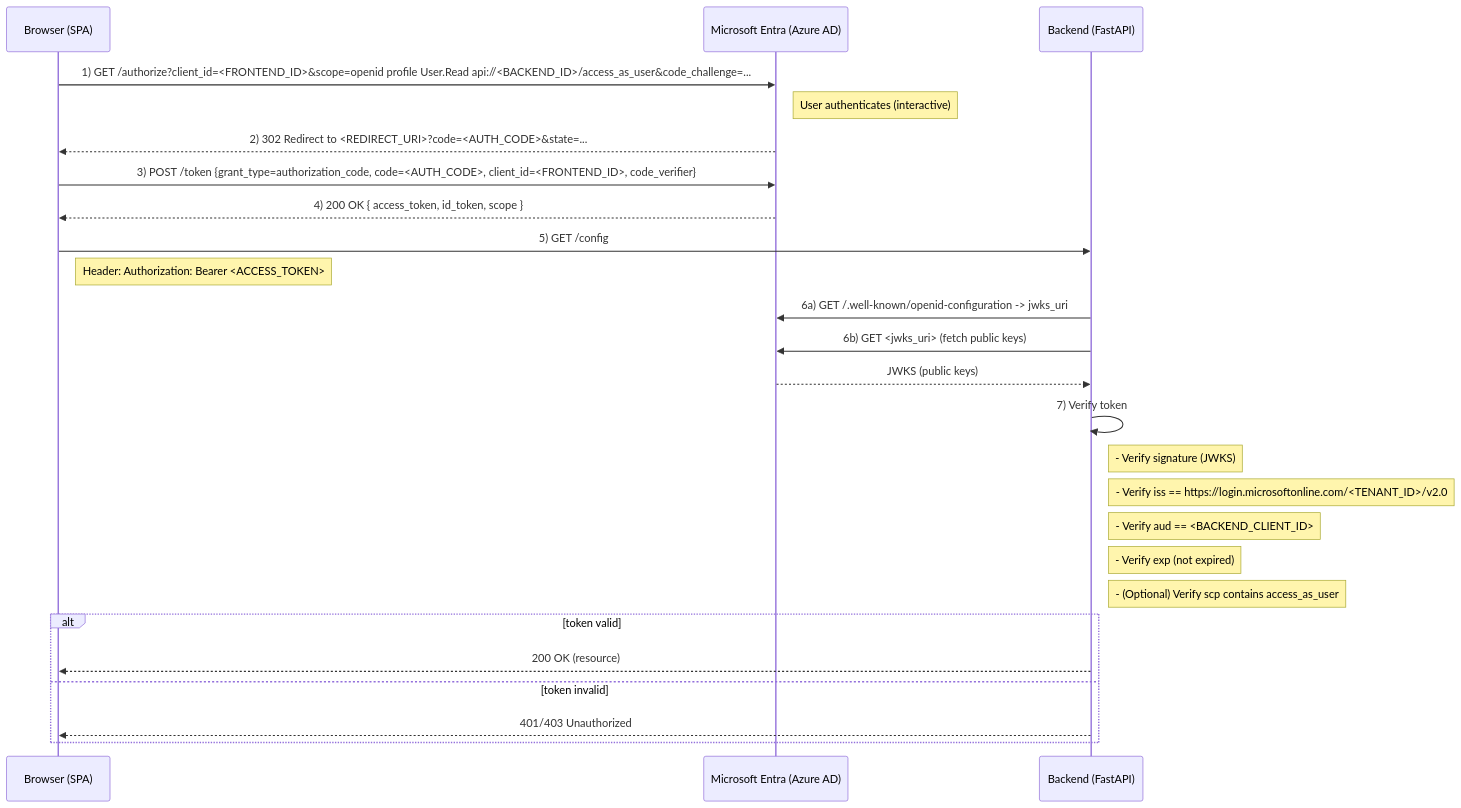
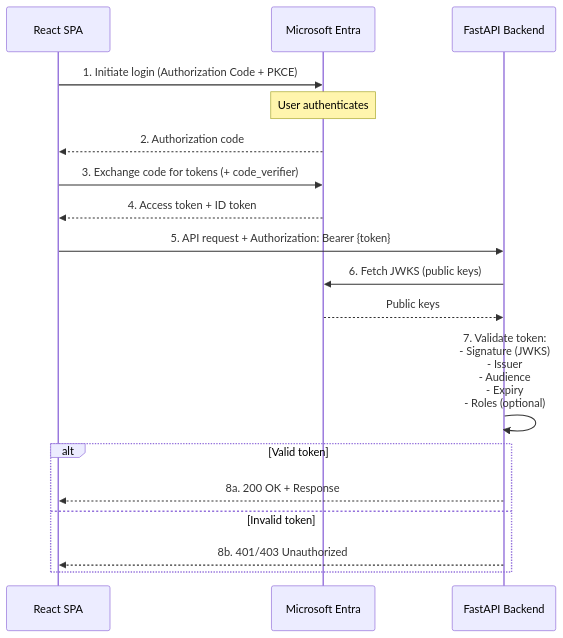
One commit to gurkanindibay/simple_chat_rag changed the diagram in AUTHENTICATION.md. Above: the diagram before and after it, drawn with Mermaid. The commit also changed other lines of this file, not shown here.

First line of the commit message:
Refactor AUTHENTICATION.md: Update structure and content for Microsoft Entra (Azure AD) integration

````diff
--- a/AUTHENTICATION.md
+++ b/AUTHENTICATION.md
@@ -259,33 +90,26 @@
 ```mermaid
 sequenceDiagram
-   participant B as Browser (SPA)
-   participant A as Microsoft Entra (Azure AD)
-   participant S as Backend (FastAPI)
+    participant Browser as React SPA
+    participant Entra as Microsoft Entra
+    participant API as FastAPI Backend
 
-   B->>A: 1) GET /authorize?client_id=<FRONTEND_ID>&scope=openid profile User.Read api://<BACKEND_ID>/access_as_user&code_challenge=...
-   Note right of A: User authenticates (interactive)
-   A-->>B: 2) 302 Redirect to <REDIRECT_URI>?code=<AUTH_CODE>&state=...
-
-   B->>A: 3) POST /token {grant_type=authorization_code, code=<AUTH_CODE>, client_id=<FRONTEND_ID>, code_verifier}
-   A-->>B: 4) 200 OK { access_token, id_token, scope }
-
-   B->>S: 5) GET /config
-   Note right of B: Header: Authorization: Bearer <ACCESS_TOKEN>
-
-   S->>A: 6a) GET /.well-known/openid-configuration -> jwks_uri
-   S->>A: 6b) GET <jwks_uri> (fetch public keys)
-   A-->>S: JWKS (public keys)
-
-   S->>S: 7) Verify token
-   Note right of S: - Verify signature (JWKS)
-   Note right of S: - Verify iss == https://login.microsoftonline.com/<TENANT_ID>/v2.0
-   Note right of S: - Verify aud == <BACKEND_CLIENT_ID>
-   Note right of S: - Verify exp (not expired)
-   Note right of S: - (Optional) Verify scp contains access_as_user
-
-   alt token valid
-      S-->>B: 200 OK (resource)
-   else token invalid
-      S-->>B: 401/403 Unauthorized
-   end
+    Browser->>Entra: 1. Initiate login (Authorization Code + PKCE)
+    Note over Entra: User authenticates
+    Entra-->>Browser: 2. Authorization code
+    
+    Browser->>Entra: 3. Exchange code for tokens (+ code_verifier)
+    Entra-->>Browser: 4. Access token + ID token
+    
+    Browser->>API: 5. API request + Authorization: Bearer {token}
+    
+    API->>Entra: 6. Fetch JWKS (public keys)
+    Entra-->>API: Public keys
+    
+    API->>API: 7. Validate token:<br/>- Signature (JWKS)<br/>- Issuer<br/>- Audience<br/>- Expiry<br/>- Roles (optional)
+    
+    alt Valid token
+        API-->>Browser: 8a. 200 OK + Response
+    else Invalid token
+        API-->>Browser: 8b. 401/403 Unauthorized
+    end
 ```
````
